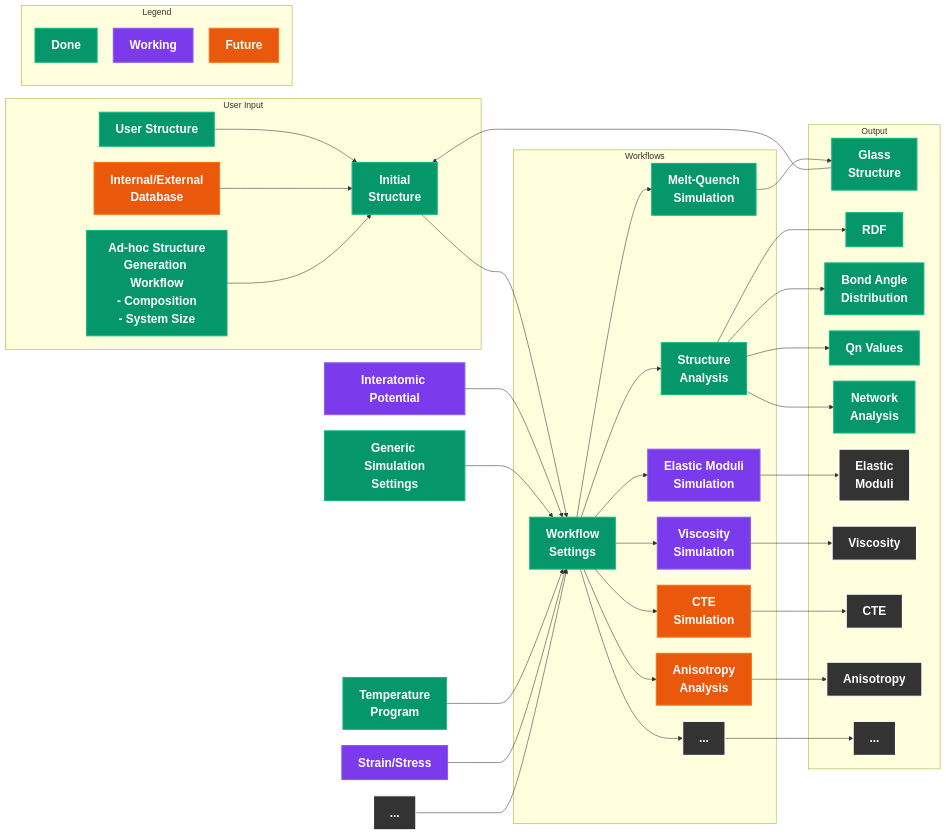
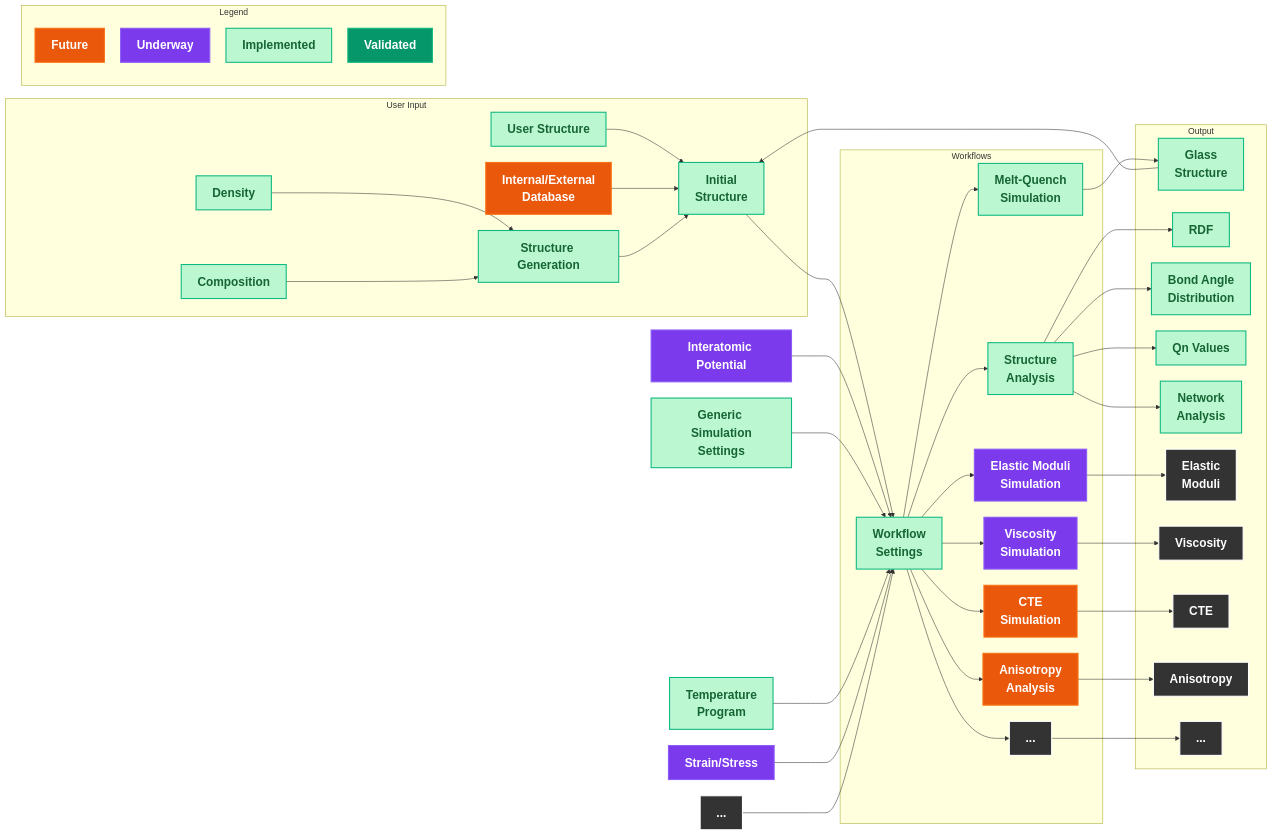
One commit to glasagent/amorphouspy changed the diagram in README.md. Above: the diagram before and after it, drawn with Mermaid.

Commit message:
chore: update workflow diagram (#46)
* chore: update workflow diagram

- distinguish between implemented and validated
- indicate the _actual_ structure generation workflow

* fix

---------

````diff
--- a/README.md
+++ b/README.md
@@ -73,15 +73,16 @@
 ```mermaid
-%% Mermaid v10+ optimized vertical timeline
-%% Enable in compatible Mermaid live editors: https://mermaid-js.github.io/mermaid-live-editor
+%% Mermaid live editor: https://mermaid-js.github.io/mermaid-live-editor
 
 %%{init: {"flowchart": {"nodeSpacing": 30, "rankSpacing": 60}} }%%
 flowchart LR
 
    subgraph "User Input"
       UserStructure[User Structure]
-      AdhocGeneration["Ad-hoc Structure<br/>Generation Workflow<br/>- Composition<br/>- System Size"]
       Database["Internal/External<br/>Database"]
-      InitialStructure["Initial<br/>Structure"]
+      InputStructure["Initial<br/>Structure"]
+      AdhocGeneration["Structure Generation"]
+      Composition["Composition"]
+      Density["Density"]
    end
 
 
@@ -116,18 +117,21 @@
    end
 
    subgraph "Legend"
-      Done[Done]
-      Working[Working]
       Future[Future]
+      Underway[Underway]
+      Implemented[Implemented]
+      Validated[Validated]
    end
 
 
    
-   UserStructure --> InitialStructure
-   Database --> InitialStructure
-   AdhocGeneration --> InitialStructure
+   UserStructure --> InputStructure
+   Database --> InputStructure
+   AdhocGeneration --> InputStructure
+   Density --> AdhocGeneration
+   Composition --> AdhocGeneration
    
-   InitialStructure --> WorkflowSettings
+   InputStructure --> WorkflowSettings
    FF --> WorkflowSettings
    GenericSimulationSettings --> WorkflowSettings
    TemperatureProgram --> WorkflowSettings
@@ -135,7 +139,7 @@
    Others --> WorkflowSettings
    
 
-   GlassStructure --> InitialStructure
+   GlassStructure --> InputStructure
    WorkflowSettings --> MeltQuench --> GlassStructure 
    WorkflowSettings --> StructureAnalysis
    WorkflowSettings --> ElasticModuliSimulation --> ElasticModuli
@@ -151,13 +155,15 @@
 
 %% Styling
    classDef future fill:#ea580c,stroke:#f97316,stroke-width:2px,color:#fff,font-weight:bold,font-size:22px;
-   classDef done fill:#059669,stroke:#10b981,stroke-width:2px,color:#fff,font-weight:bold,font-size:22px;
-   classDef working fill:#7c3aed,stroke:#8b5cf6,stroke-width:2px,color:#fff,font-weight:bold,font-size:22px;
+   classDef implemented fill:#bbf7d0,stroke:#10b981,stroke-width:2px,color:#166534,font-weight:bold,font-size:22px;
+   classDef validated fill:#059669,stroke:#10b981,stroke-width:2px,color:#fff,font-weight:bold,font-size:22px;
+   classDef underway fill:#7c3aed,stroke:#8b5cf6,stroke-width:2px,color:#fff,font-weight:bold,font-size:22px;
    classDef none fill:#333333,stroke:#ffffff,stroke-width:2px,color:#fff,font-weight:bold,font-size:22px;
 
 
-class Done,Composition,AdhocGeneration,InitialStructure,TemperatureProgram,WorkflowSettings,StructureAnalysis,NetworkAnalysis,BondAngleDistribution,RDF,QnDistribution,MeltQuench,GlassStructure,UserStructure,SystemSize,GenericSimulationSettings, done
-class Working,ViscositySimulation,ElasticModuliSimulation,Strain,FF working
+class Implemented,Density,Composition,AdhocGeneration,InputStructure,TemperatureProgram,WorkflowSettings,StructureAnalysis,NetworkAnalysis,BondAngleDistribution,RDF,QnDistribution,MeltQuench,GlassStructure,UserStructure,SystemSize,GenericSimulationSettings implemented
+class Validated validated
+class Underway,ViscositySimulation,ElasticModuliSimulation,Strain,FF underway
 class Future,CTESimulation,AnisotropyAnalysis,Database, future
 class ElasticModuli,Viscosity,CTE,Anisotropy,Others,OthersWorkflow,OthersOutput none
 ```
````
